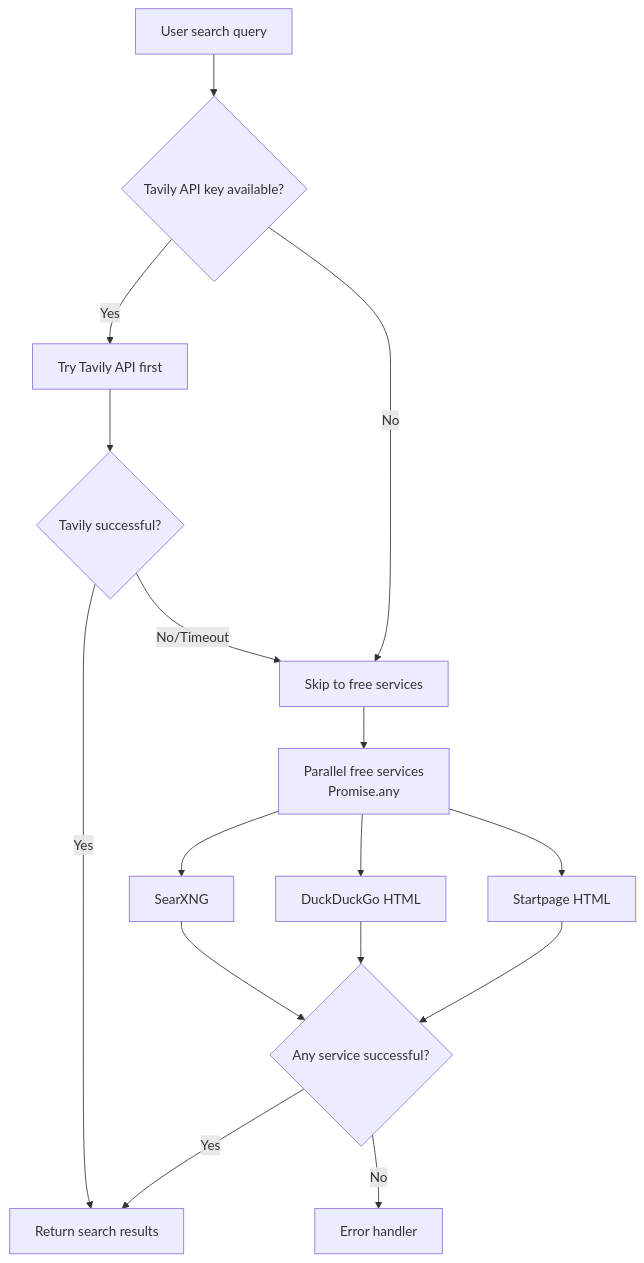
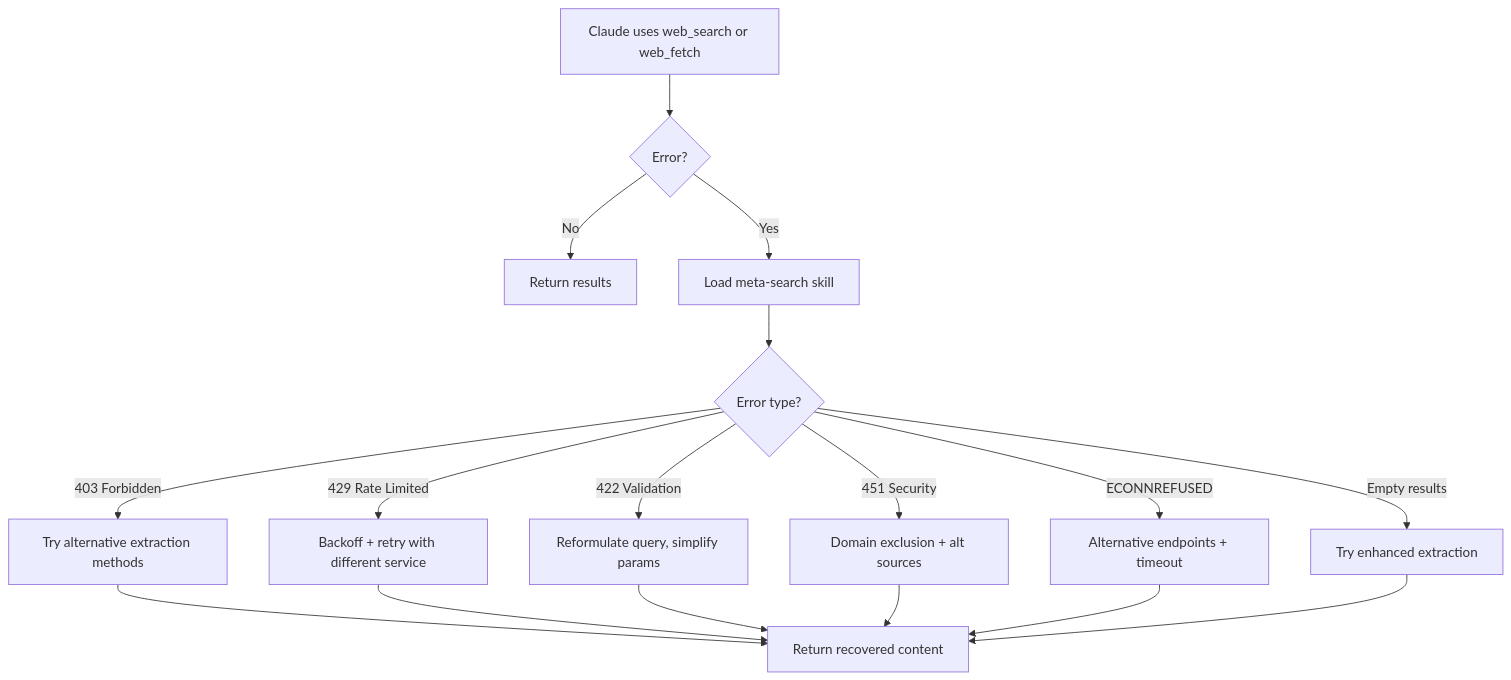
The diagram in plugins/search-plus/docs/ARCHITECTURE.md (shrwnsan/vibekit-claude-plugins), drawn with Mermaid before and after one commit. The commit also changed other lines of this file and 3 other files, not shown here.

````diff
--- a/plugins/search-plus/docs/ARCHITECTURE.md
+++ b/plugins/search-plus/docs/ARCHITECTURE.md
@@ -89,18 +47,19 @@
 ```mermaid
 flowchart TD
-    A[User search query] --> B{Tavily API key available?}
-    B -->|Yes| C[Try Tavily API first]
-    B -->|No| D[Skip to free services]
-    C --> E{Tavily successful?}
-    E -->|Yes| F[Return search results]
-    E -->|No/Timeout| D
-    D --> G[Parallel free services<br/>Promise.any]
-    G --> H[SearXNG]
-    G --> I[DuckDuckGo HTML]
-    G --> J[Startpage HTML]
-    H --> K{Any service successful?}
-    I --> K
-    J --> K
-    K -->|Yes| F
-    K -->|No| L[Error handler]
+    A[Claude uses web_search or web_fetch] --> B{Error?}
+    B -->|No| C[Return results]
+    B -->|Yes| D[Load meta-search skill]
+    D --> E{Error type?}
+    E -->|403 Forbidden| F[Try alternative extraction methods]
+    E -->|429 Rate Limited| G[Backoff + retry with different service]
+    E -->|422 Validation| H[Reformulate query, simplify params]
+    E -->|451 Security| I[Domain exclusion + alt sources]
+    E -->|ECONNREFUSED| J[Alternative endpoints + timeout]
+    E -->|Empty results| K[Try enhanced extraction]
+    F --> L[Return recovered content]
+    G --> L
+    H --> L
+    I --> L
+    J --> L
+    K --> L
 ```
````
